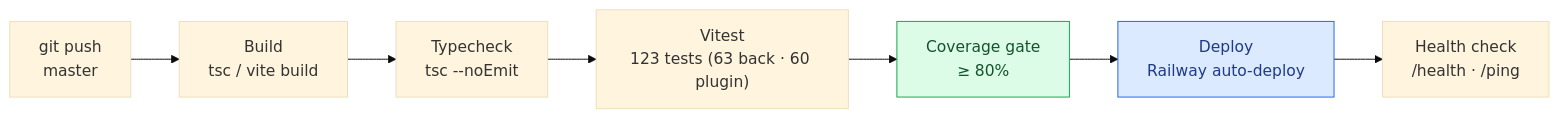
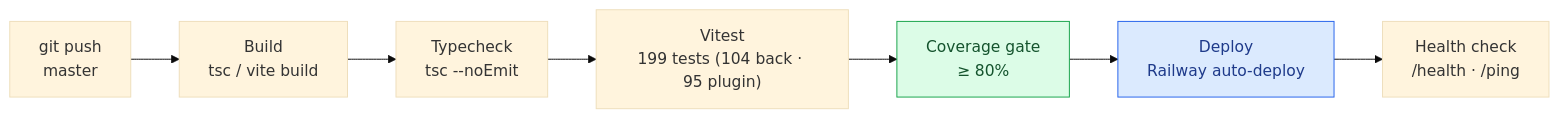
One commit to Hardi99/design-guardian changed the sixth of 6 diagrams in docs/BC01/01-architecture.md. Above: the diagram before and after it, drawn with Mermaid (base theme). The commit also changed 40 other files, not shown here.

````diff
--- a/docs/BC01/01-architecture.md
+++ b/docs/BC01/01-architecture.md
@@ -240,12 +240,12 @@
 ```mermaid
 graph LR
     Commit["git push<br/>master"] --> Build["Build<br/>tsc / vite build"]
     Build --> Types["Typecheck<br/>tsc --noEmit"]
-    Types --> Tests["Vitest<br/>123 tests (63 back · 60 plugin)"]
+    Types --> Tests["Vitest<br/>199 tests (104 back · 95 plugin)"]
     Tests --> Coverage["Coverage gate<br/>≥ 80%"]
     Coverage --> Deploy["Deploy<br/>Railway auto-deploy"]
     Deploy --> Health["Health check<br/>/health · /ping"]
 
     style Coverage fill:#dcfce7,stroke:#16a34a,color:#14532d
     style Deploy fill:#dbeafe,stroke:#2563eb,color:#1e3a8a
 ```
````
